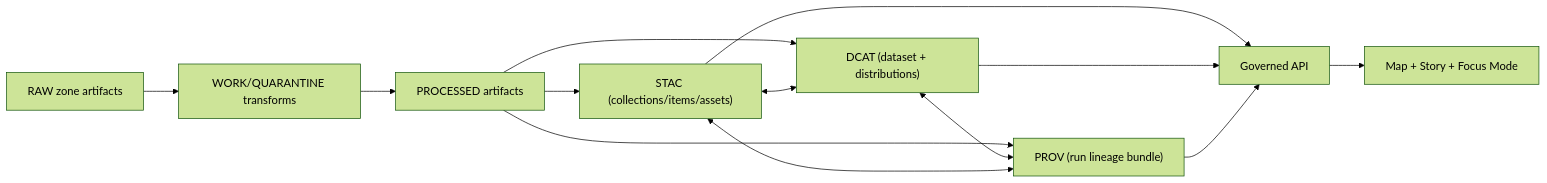
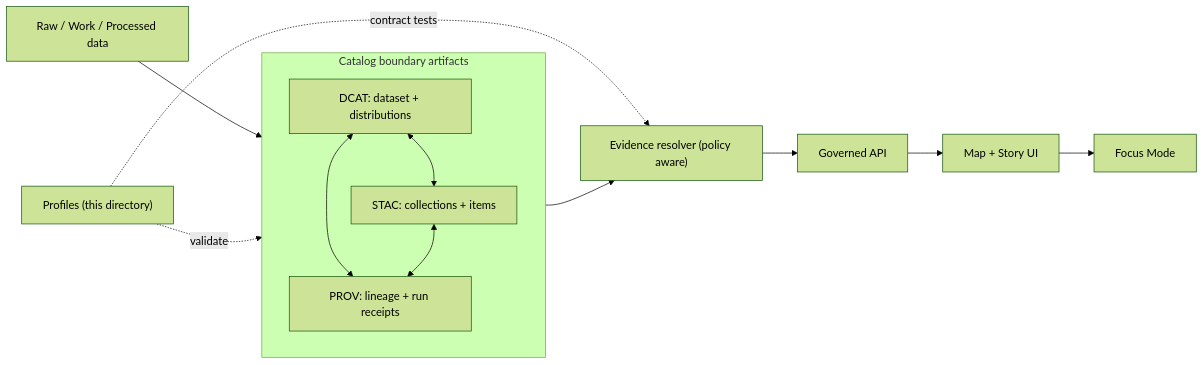
One commit to bartytime4life/Kansas-Frontier-Matrix changed the diagram in contracts/profiles/README.md. Above: the diagram before and after it, drawn with Mermaid (forest theme). The commit also changed other lines of this file, not shown here.

First line of the commit message:
Revise README.md for Contract Profiles

````diff
--- a/contracts/profiles/README.md
+++ b/contracts/profiles/README.md
@@ -41,18 +296,21 @@
 ```mermaid
 flowchart LR
-  Raw["RAW zone artifacts"] --> Work["WORK/QUARANTINE transforms"]
-  Work --> Processed["PROCESSED artifacts"]
+  Raw["Raw / Work / Processed data"] --> Cat["Catalog boundary artifacts"]
+  subgraph Cat["Catalog boundary artifacts"]
+    DCAT["DCAT: dataset + distributions"]
+    STAC["STAC: collections + items"]
+    PROV["PROV: lineage + run receipts"]
+  end
 
-  Processed --> STAC["STAC (collections/items/assets)"]
-  Processed --> DCAT["DCAT (dataset + distributions)"]
-  Processed --> PROV["PROV (run lineage bundle)"]
-
-  STAC <--> DCAT
+  DCAT <--> STAC
   DCAT <--> PROV
   STAC <--> PROV
 
-  STAC --> API["Governed API"]
-  DCAT --> API
-  PROV --> API
-  API --> UI["Map + Story + Focus Mode"]
+  Cat --> Resolver["Evidence resolver (policy aware)"]
+  Resolver --> API["Governed API"]
+  API --> UI["Map + Story UI"]
+  UI --> Focus["Focus Mode"]
+
+  Profiles["Profiles (this directory)"] -.validate.-> Cat
+  Profiles -.contract tests.-> Resolver
 ```
````
